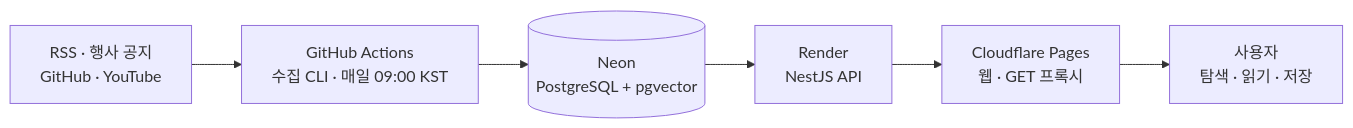
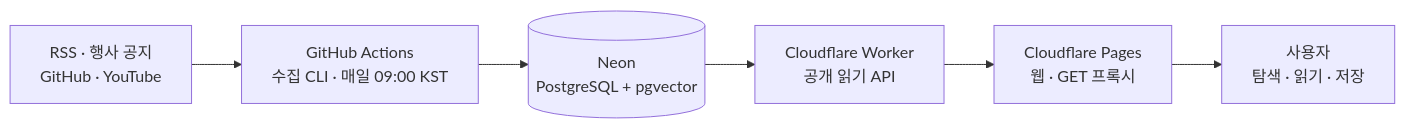
Before and after one commit to wooinwoo/devbrief: the diagram in README.md, drawn with Mermaid. The commit also changed other lines of this file and 37 other files, not shown here.

````diff
--- a/README.md
+++ b/README.md
@@ -81,8 +81,8 @@
 ```mermaid
 flowchart LR
   Sources["RSS · 행사 공지<br/>GitHub · YouTube"] --> Batch["GitHub Actions<br/>수집 CLI · 매일 09:00 KST"]
   Batch --> DB[("Neon<br/>PostgreSQL + pgvector")]
-  DB --> API["Render<br/>NestJS API"]
+  DB --> API["Cloudflare Worker<br/>공개 읽기 API"]
   API --> Web["Cloudflare Pages<br/>웹 · GET 프록시"]
   Web --> User["사용자<br/>탐색 · 읽기 · 저장"]
 ```
````
